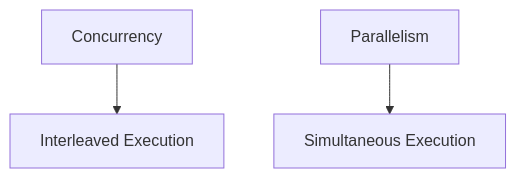
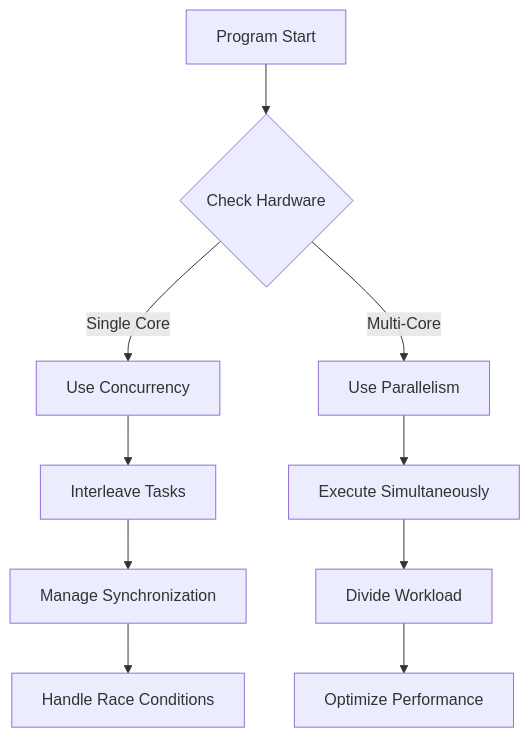
Before and after one commit to VrushankPatel/interview-matters: the first of 2 diagrams in concurrency-parallelism/README.md, drawn with Mermaid. The commit also changed other lines of this file and 1 other file, not shown here.

Commit message:
kb: add/update topics concurrency-parallelism

````diff
--- a/concurrency-parallelism/README.md
+++ b/concurrency-parallelism/README.md
@@ -73,5 +177,12 @@
 ```mermaid
-graph TD;
-    A[Concurrency] --> B[Interleaved Execution];
-    C[Parallelism] --> D[Simultaneous Execution];
+graph TD
+    A[Program Start] --> B{Check Hardware}
+    B -->|Single Core| C[Use Concurrency]
+    B -->|Multi-Core| D[Use Parallelism]
+    C --> E[Interleave Tasks]
+    D --> F[Execute Simultaneously]
+    E --> G[Manage Synchronization]
+    F --> H[Divide Workload]
+    G --> I[Handle Race Conditions]
+    H --> J[Optimize Performance]
 ```
````
